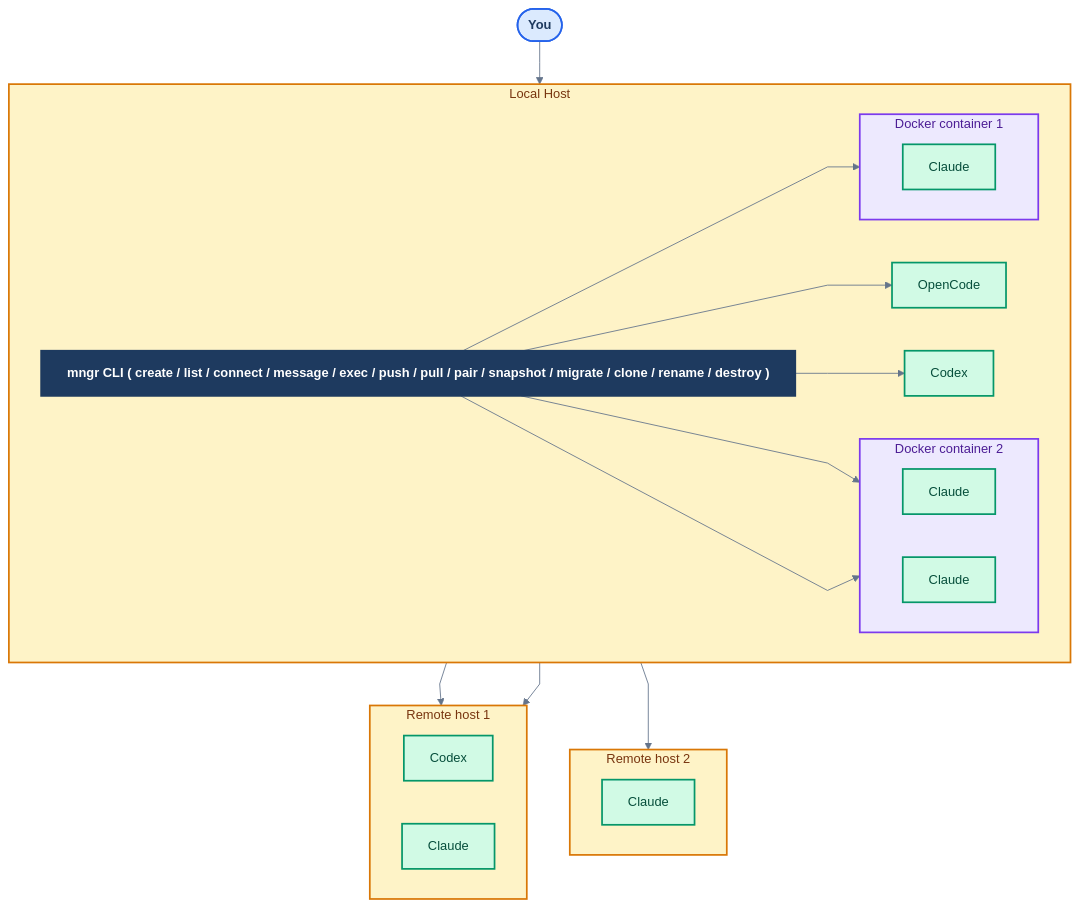
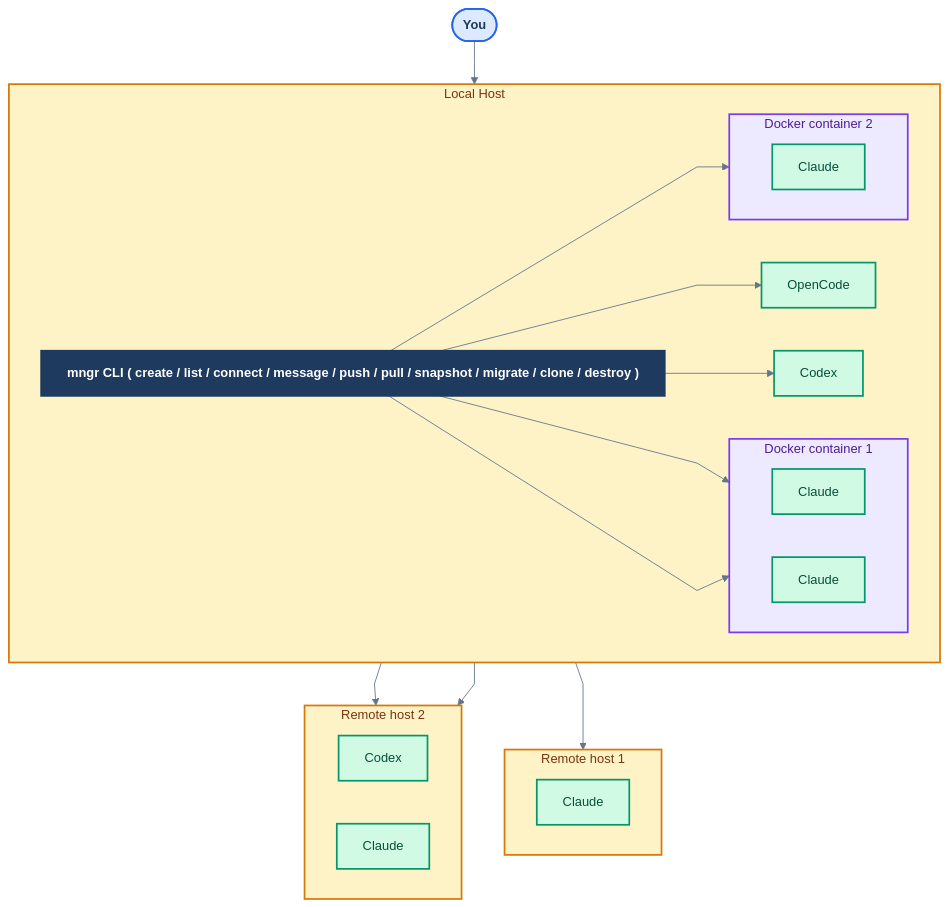
The first of 2 diagrams in README.md (imbue-ai/mng), drawn with Mermaid before and after one commit. The commit also changed other lines of this file, not shown here.

````diff
--- a/README.md
+++ b/README.md
@@ -32,51 +30,51 @@
 ```mermaid
 %%{init: {'theme': 'base', 'themeVariables': {'primaryColor': '#EFF6FF', 'primaryTextColor': '#1E3A5F', 'primaryBorderColor': '#3B82F6', 'lineColor': '#64748B', 'edgeLabelBackground': '#FFFFFF', 'fontSize': '15px', 'wrap': false}, 'flowchart': {'curve': 'linear', 'markdownAutoWrap': false, 'wrappingWidth': 1800}}}%%
 flowchart TB
     classDef user fill:#DBEAFE,stroke:#2563EB,stroke-width:2px,color:#1E3A5F,font-weight:bold
     classDef cli fill:#1E3A5F,stroke:#1E3A5F,stroke-width:2px,color:#FFFFFF,font-weight:bold
     classDef agent fill:#D1FAE5,stroke:#059669,stroke-width:2px,color:#064E3B
 
     user([You]):::user
 
     subgraph host1["Local Host"]
         direction LR
         style host1 fill:#FEF3C7,stroke:#D97706,stroke-width:2px,color:#78350F
-        cli["mngr CLI ( create / list / connect / message / exec / push / pull / pair / snapshot / migrate / clone / rename / destroy )"]:::cli
+        cli["mngr CLI ( create / list / connect / message / push / pull / snapshot / migrate / clone / destroy )"]:::cli
         agent1["OpenCode"]:::agent
         agent6["Codex"]:::agent
-        subgraph docker1["Docker container 2"]
+        subgraph docker1["Docker container 1"]
             direction LR
             style docker1 fill:#EDE9FE,stroke:#7C3AED,stroke-width:2px,color:#4C1D95
             agent3["Claude"]:::agent
             agent4["Claude"]:::agent
         end
-        subgraph docker2["Docker container 1"]
+        subgraph docker2["Docker container 2"]
             direction LR
             style docker2 fill:#EDE9FE,stroke:#7C3AED,stroke-width:2px,color:#4C1D95
             agent5["Claude"]:::agent
         end
     end
 
-    subgraph host2["Remote host 2"]
+    subgraph host2["Remote host 1"]
         direction LR
         style host2 fill:#FEF3C7,stroke:#D97706,stroke-width:2px,color:#78350F
         agent2["Claude"]:::agent
     end
 
-    subgraph host3["Remote host 1"]
+    subgraph host3["Remote host 2"]
         direction LR
         style host3 fill:#FEF3C7,stroke:#D97706,stroke-width:2px,color:#78350F
         agent7["Codex"]:::agent
         agent8["Claude"]:::agent
     end
 
     user --> cli
     cli --> agent1
     cli --> agent6
     cli --> agent3
     cli --> agent4
     cli --> agent5
     cli --> agent2
     cli --> agent7
     cli --> agent8
 ```
````
